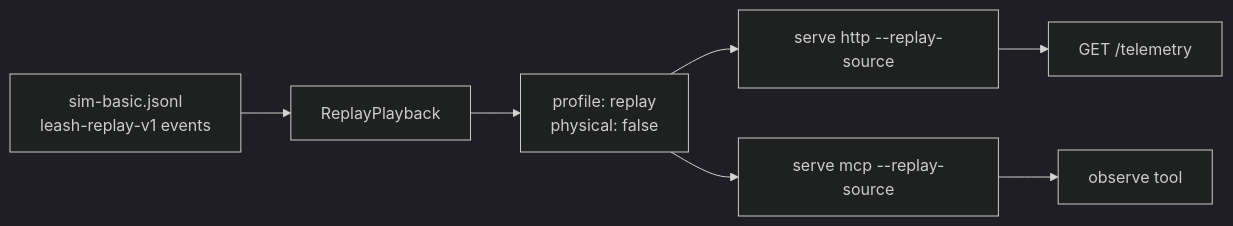
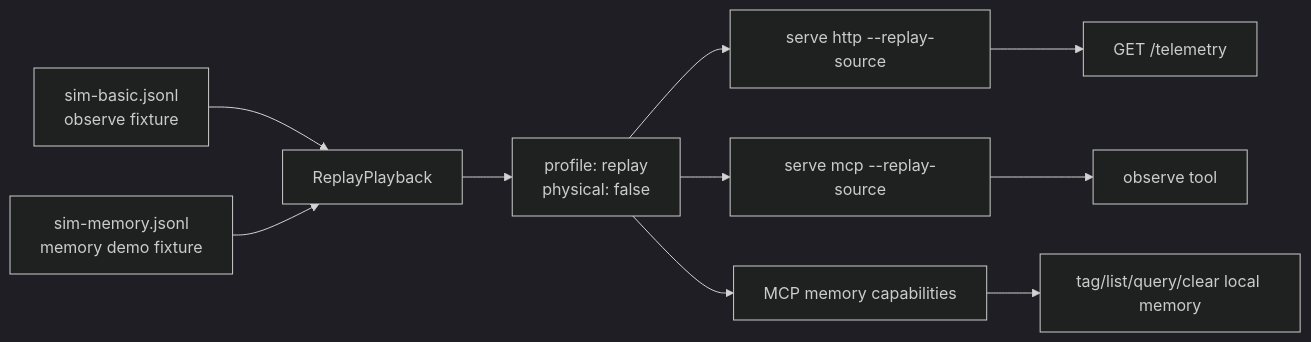
Before and after one commit to specdog/leash: the diagram in examples/replay/README.md, drawn with Mermaid (dark theme). The commit also changed other lines of this file and 15 other files, not shown here.

````diff
--- a/examples/replay/README.md
+++ b/examples/replay/README.md
@@ -5,9 +5,12 @@
 ```mermaid
 flowchart LR
-  fixture["sim-basic.jsonl\nleash-replay-v1 events"] --> replay["ReplayPlayback"]
+  fixture["sim-basic.jsonl\nobserve fixture"] --> replay["ReplayPlayback"]
+  memory["sim-memory.jsonl\nmemory demo fixture"] --> replay
   replay --> harness["profile: replay\nphysical: false"]
   harness --> http["serve http --replay-source"]
   harness --> mcp["serve mcp --replay-source"]
+  harness --> memoryCaps["MCP memory capabilities"]
   http --> observe["GET /telemetry"]
   mcp --> tool["observe tool"]
+  memoryCaps --> recall["tag/list/query/clear local memory"]
 ```
````
